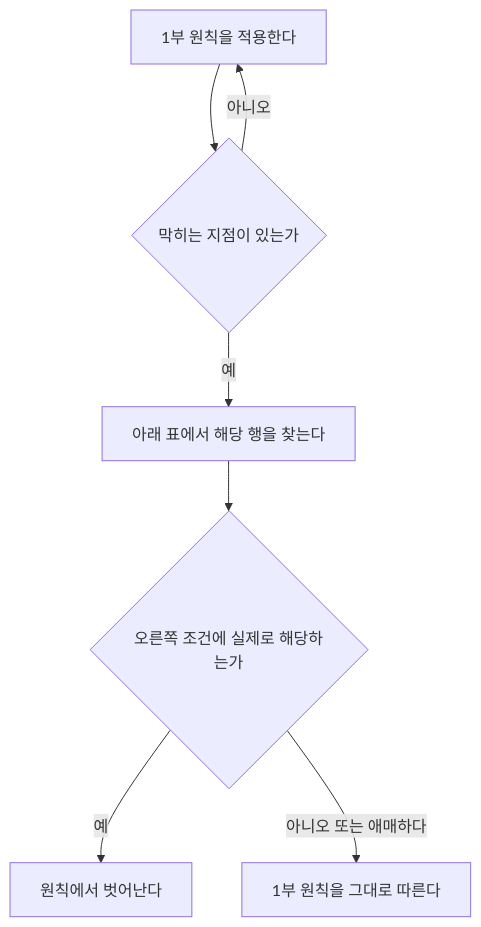
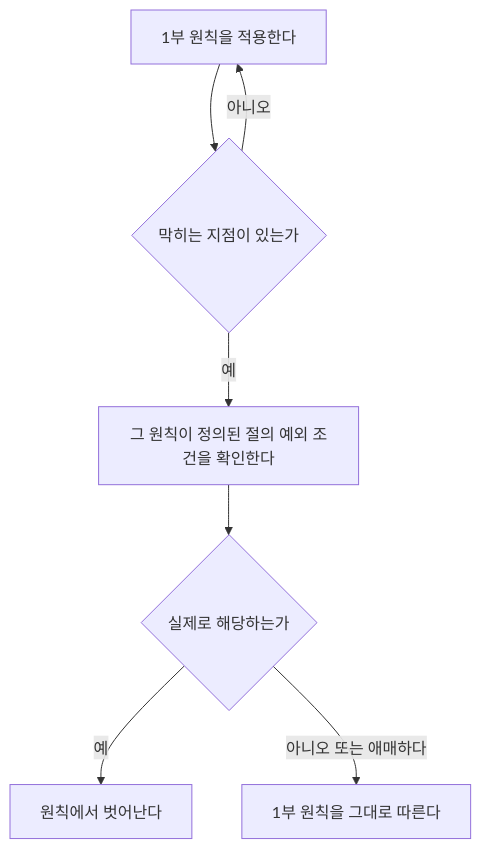
Before and after one commit to kairos-code-dev/zlink: the diagram in doc/principal/dev/posddd.ko.md, drawn with Mermaid. The commit also changed other lines of this file and 357 other files, not shown here.

````diff
--- a/doc/principal/dev/posddd.ko.md
+++ b/doc/principal/dev/posddd.ko.md
@@ -671,9 +830,9 @@
 ```mermaid
 flowchart TD
     A[1부 원칙을 적용한다] --> B{막히는 지점이 있는가}
     B -->|아니오| A
-    B -->|예| C[아래 표에서 해당 행을 찾는다]
-    C --> D{오른쪽 조건에 실제로 해당하는가}
+    B -->|예| C[그 원칙이 정의된 절의 예외 조건을 확인한다]
+    C --> D{실제로 해당하는가}
     D -->|예| E[원칙에서 벗어난다]
     D -->|아니오 또는 애매하다| F[1부 원칙을 그대로 따른다]
 ```
````
